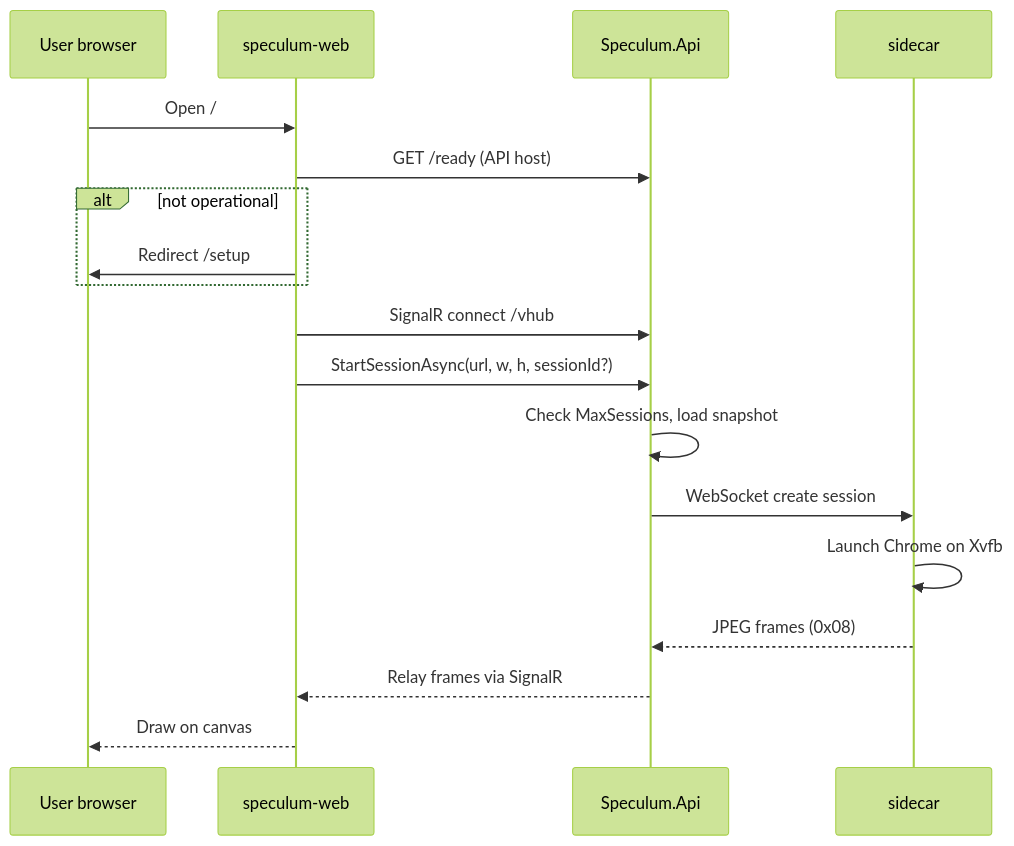
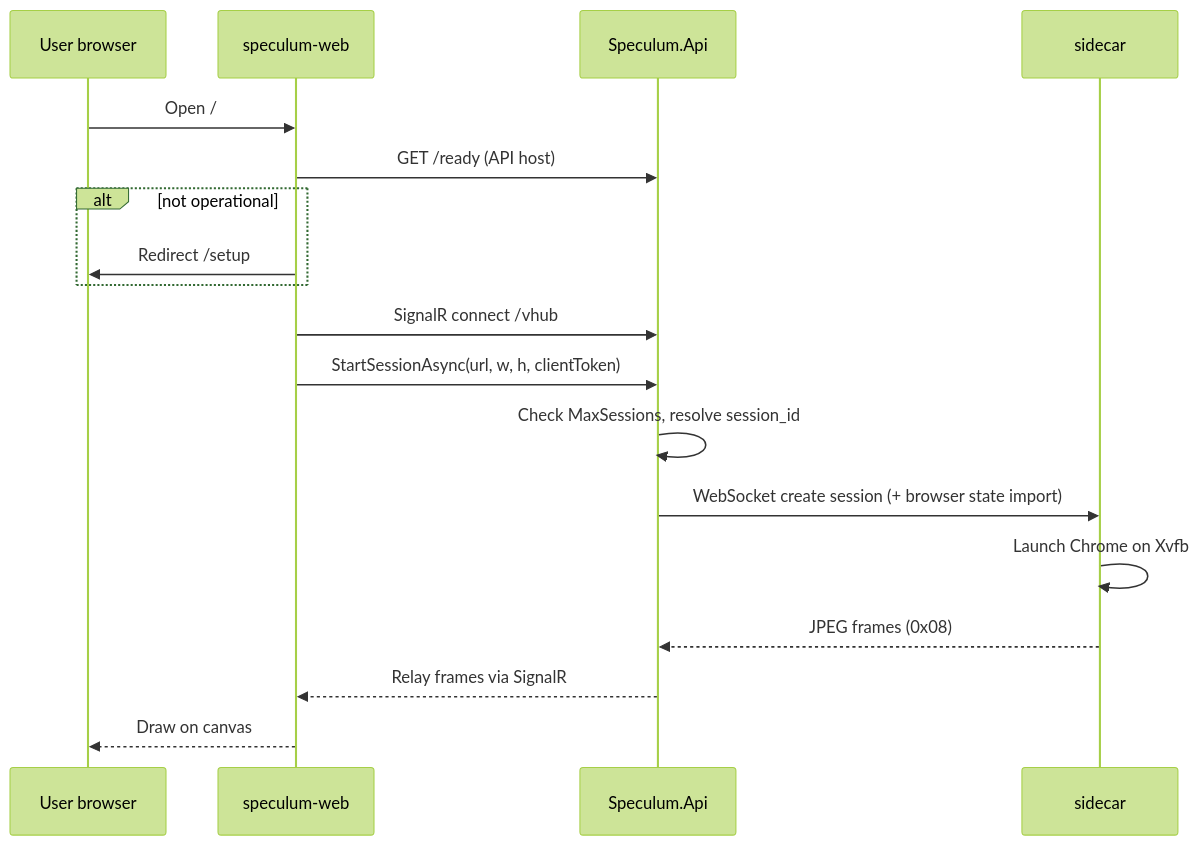
Before and after one commit to rpjax/websete-speculum: the diagram in docs/architecture.md, drawn with Mermaid (forest theme). The commit also changed other lines of this file and 82 other files, not shown here.

````diff
--- a/docs/architecture.md
+++ b/docs/architecture.md
@@ -101,21 +101,21 @@
 ```mermaid
 sequenceDiagram
     participant U as User browser
     participant W as speculum-web
     participant A as Speculum.Api
     participant S as sidecar
 
     U->>W: Open /
     W->>A: GET /ready (API host)
     alt not operational
         W->>U: Redirect /setup
     end
     W->>A: SignalR connect /vhub
-    W->>A: StartSessionAsync(url, w, h, sessionId?)
-    A->>A: Check MaxSessions, load snapshot
-    A->>S: WebSocket create session
+    W->>A: StartSessionAsync(url, w, h, clientToken)
+    A->>A: Check MaxSessions, resolve session_id
+    A->>S: WebSocket create session (+ browser state import)
     S->>S: Launch Chrome on Xvfb
     S-->>A: JPEG frames (0x08)
     A-->>W: Relay frames via SignalR
     W-->>U: Draw on canvas
 ```
````
